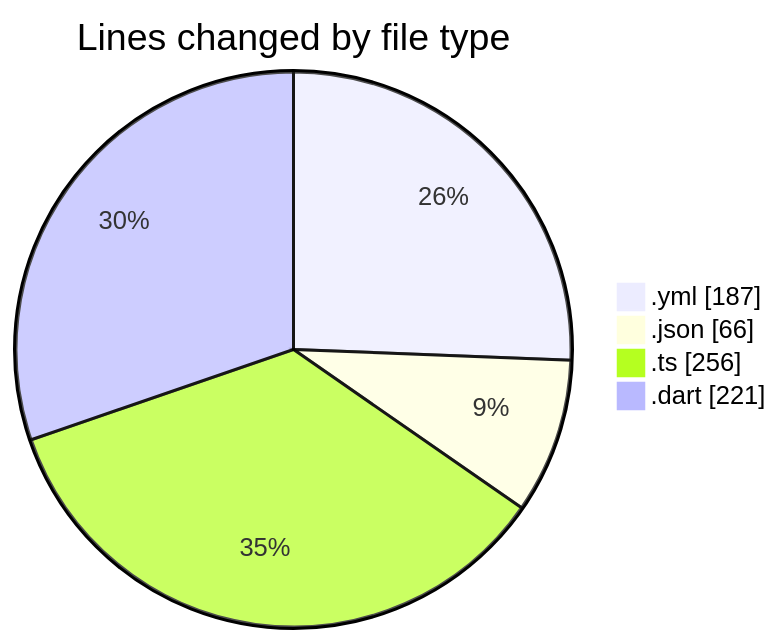
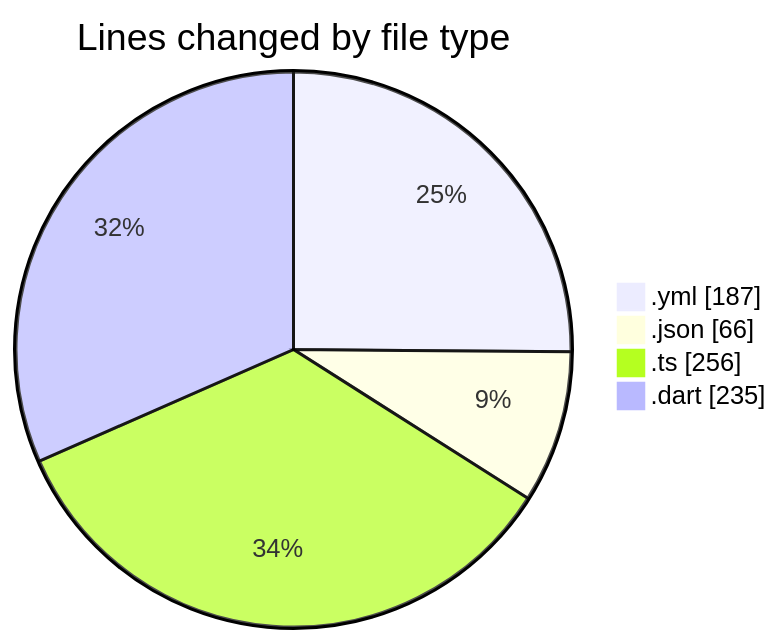
The first of 2 diagrams in 2025-02-10/maps_clone/README.md (donsfak/code-tracking), drawn with Mermaid before and after one commit. The commit also changed other lines of this file and 1 other file, not shown here.

````diff
--- a/2025-02-10/maps_clone/README.md
+++ b/2025-02-10/maps_clone/README.md
@@ -27,8 +27,8 @@
 ```mermaid
 pie showData
 title Lines changed by file type
 ".yml" : 187
 ".json" : 66
 ".ts" : 256
-".dart" : 221
+".dart" : 235
 ```
````
